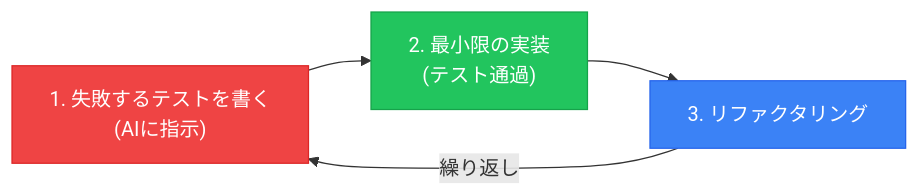
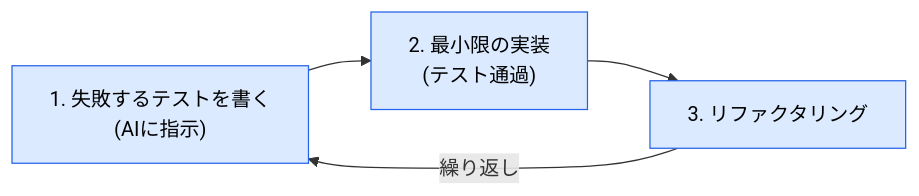
Before and after one commit to takuma39/ai: diagram 31 of 44 in AI駆動開発.md, drawn with Mermaid. The commit also changed other lines of this file, not shown here.

````diff
--- a/AI駆動開発.md
+++ b/AI駆動開発.md
@@ -2350,10 +2445,10 @@
 ```mermaid
 flowchart LR
     A["1. 失敗するテストを書く<br/>(AIに指示)"] --> B["2. 最小限の実装<br/>(テスト通過)"]
     B --> C["3. リファクタリング"]
     C -->|繰り返し| A
     
-    style A fill:#ef4444,stroke:#dc2626,color:#fff
-    style B fill:#22c55e,stroke:#16a34a,color:#fff
-    style C fill:#3b82f6,stroke:#2563eb,color:#fff
+    style A fill:#dbeafe,stroke:#2563eb,color:#000
+    style B fill:#dbeafe,stroke:#2563eb,color:#000
+    style C fill:#dbeafe,stroke:#2563eb,color:#000
 ```
````
